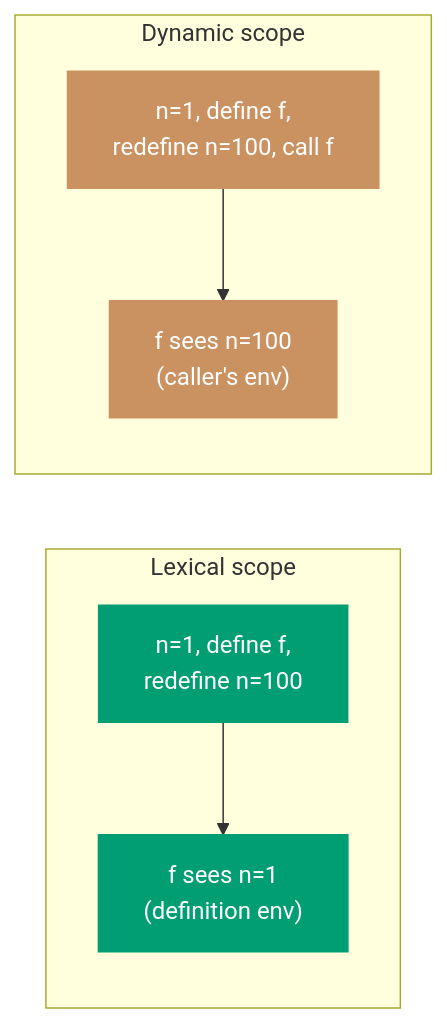
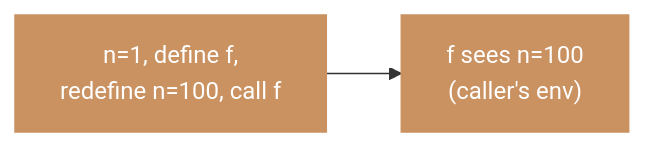
Diagram 11 of 15 in apps/ayokoding-web/content/en/learn/software-engineering/compilers-and-interpreters/terminology.md (wahidyankf/open-sharia-enterprise), drawn with Mermaid before and after one commit. The commit also changed other lines of this file and 6 other files, not shown here.

First line of the commit message:
fix(ayokoding-web): fix mermaid parse errors and split comparison diagrams

````diff
--- a/apps/ayokoding-web/content/en/learn/software-engineering/compilers-and-interpreters/terminology.md
+++ b/apps/ayokoding-web/content/en/learn/software-engineering/compilers-and-interpreters/terminology.md
@@ -388,21 +396,8 @@
 ```mermaid
 %% Color palette: Blue #0173B2, Orange #DE8F05, Teal #029E73, Purple #CC78BC, Brown #CA9161, Gray #808080
 flowchart LR
-    subgraph Lexical["Lexical scope"]
-        LS1["n=1, define f,\nredefine n=100"]
-        LS2["f sees n=1\n(definition env)"]
-        LS1 --> LS2
-    end
+    DS1["n=1, define f,\nredefine n=100, call f"] --> DS2["f sees n=100\n(caller's env)"]
 
-    subgraph Dynamic["Dynamic scope"]
-        DS1["n=1, define f,\nredefine n=100, call f"]
-        DS2["f sees n=100\n(caller's env)"]
-        DS1 --> DS2
-    end
-
-    classDef teal fill:#029E73,color:#fff,stroke:#029E73
     classDef brown fill:#CA9161,color:#fff,stroke:#CA9161
-
-    class LS1,LS2 teal
     class DS1,DS2 brown
 ```
````
